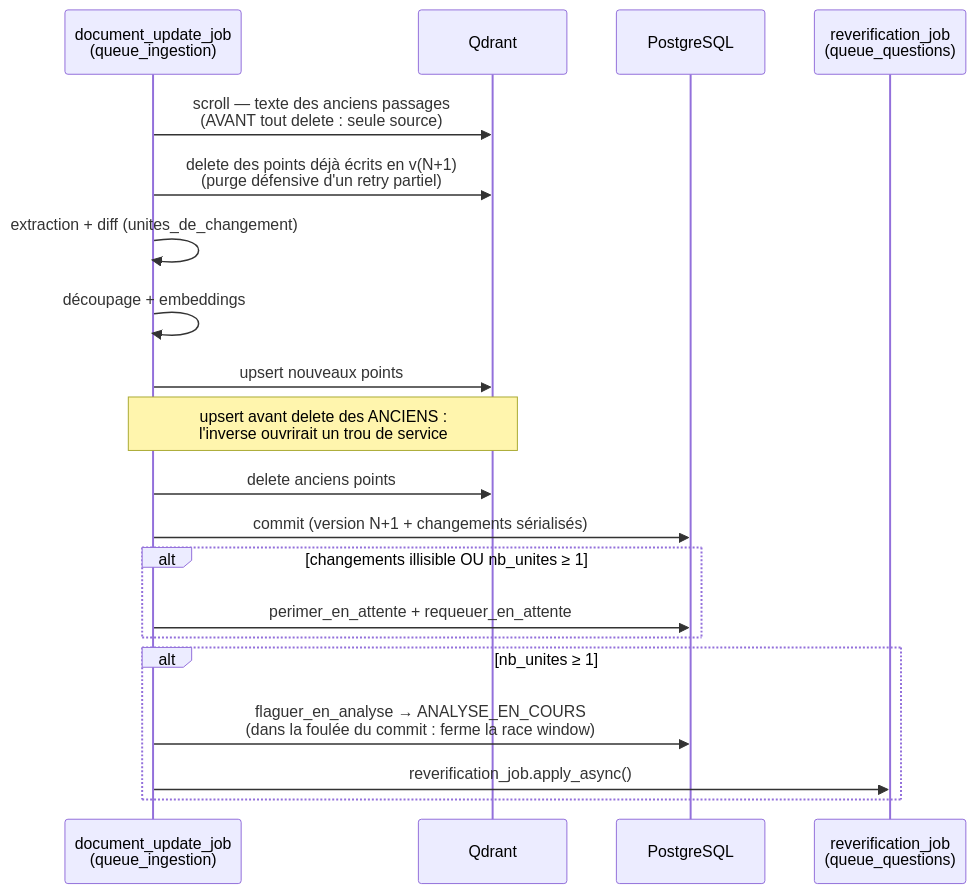
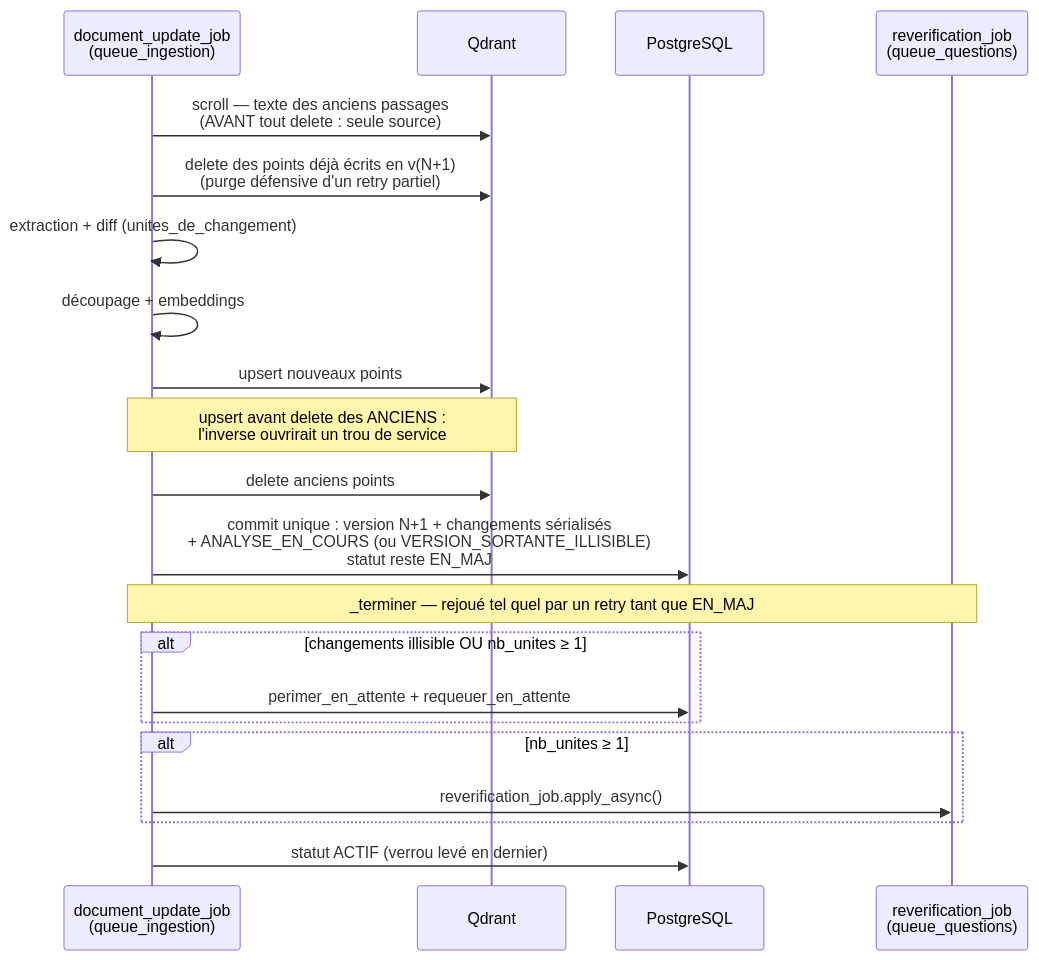
One commit to ThomasHWD/TicketAI changed the fourth of 4 diagrams in Docs/technique/mise-a-jour-documents.md. Above: the diagram before and after it, drawn with Mermaid. The commit also changed other lines of this file and 1 other file, not shown here.

Commit message:
docs: mise sous analyse sans écrasement, licence de « Corriger », suites de bascule rejouables

````diff
--- a/Docs/technique/mise-a-jour-documents.md
+++ b/Docs/technique/mise-a-jour-documents.md
@@ -816,24 +821,25 @@
 ```mermaid
 sequenceDiagram
     participant W as document_update_job<br/>(queue_ingestion)
     participant Q as Qdrant
     participant PG as PostgreSQL
     participant R as reverification_job<br/>(queue_questions)
 
     W->>Q: scroll — texte des anciens passages<br/>(AVANT tout delete : seule source)
     W->>Q: delete des points déjà écrits en v(N+1)<br/>(purge défensive d'un retry partiel)
     W->>W: extraction + diff (unites_de_changement)
     W->>W: découpage + embeddings
     W->>Q: upsert nouveaux points
     Note over W,Q: upsert avant delete des ANCIENS :<br/>l'inverse ouvrirait un trou de service
     W->>Q: delete anciens points
-    W->>PG: commit (version N+1 + changements sérialisés)
+    W->>PG: commit unique : version N+1 + changements sérialisés<br/>+ ANALYSE_EN_COURS (ou VERSION_SORTANTE_ILLISIBLE)<br/>statut reste EN_MAJ
 
+    Note over W,R: _terminer — rejoué tel quel par un retry tant que EN_MAJ
     alt changements illisible OU nb_unites ≥ 1
         W->>PG: perimer_en_attente + requeuer_en_attente
     end
     alt nb_unites ≥ 1
-        W->>PG: flaguer_en_analyse → ANALYSE_EN_COURS<br/>(dans la foulée du commit : ferme la race window)
         W->>R: reverification_job.apply_async()
     end
+    W->>PG: statut ACTIF (verrou levé en dernier)
 ```
````
